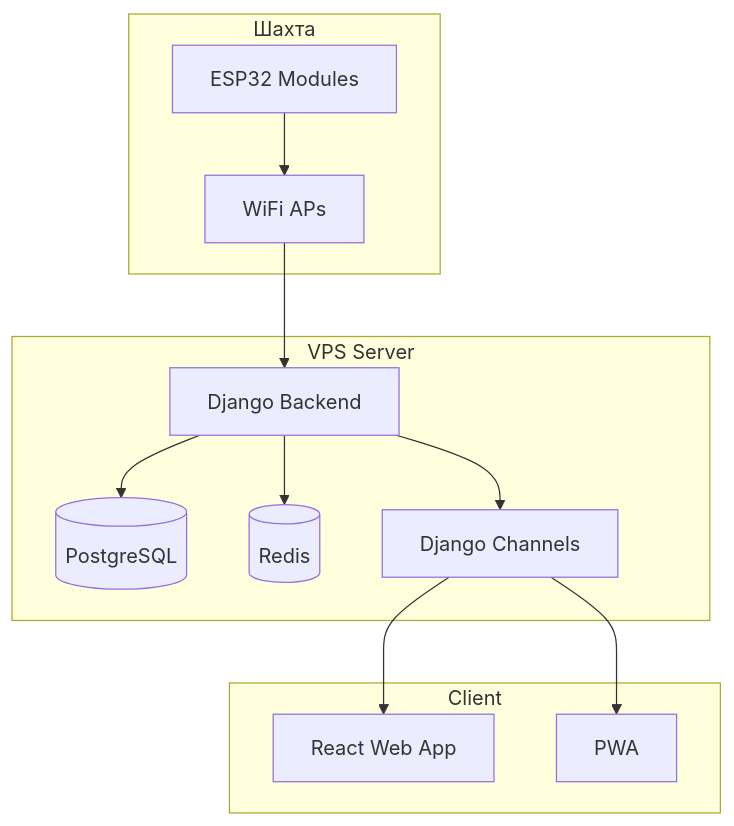
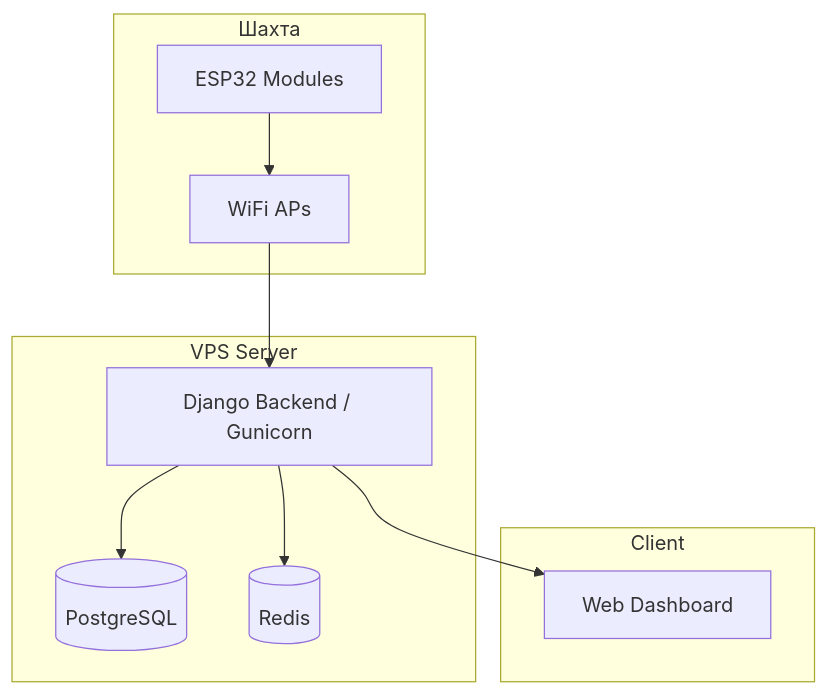
One commit to Nazoferon/Integrated-mine-monitoring-and-safety-system changed the first of 2 diagrams in README.md. Above: the diagram before and after it, drawn with Mermaid. The commit also changed other lines of this file, not shown here.

Commit message:
fix: Update README.md to enhance clarity and detail in MVP and system architecture sections

````diff
--- a/README.md
+++ b/README.md
@@ -92,22 +90,18 @@
 ```mermaid
 graph TB
     subgraph "Шахта"
         ESP[ESP32 Modules] --> AP[WiFi APs]
     end
     subgraph "VPS Server"
-        API[Django Backend]
+        API[Django Backend / Gunicorn]
         DB[(PostgreSQL)]
         REDIS[(Redis)]
-        WS[Django Channels]
     end
     subgraph "Client"
-        WEB[React Web App]
-        MOBILE[PWA]
+        WEB[Web Dashboard]
     end
     AP --> API
     API --> DB
     API --> REDIS
-    API --> WS
-    WS --> WEB
-    WS --> MOBILE
+    API --> WEB
 ```
````
